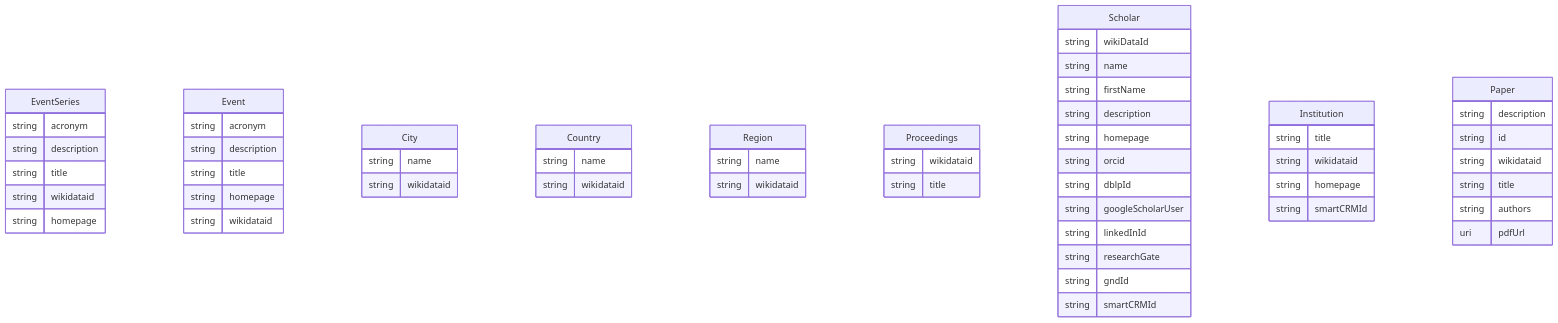
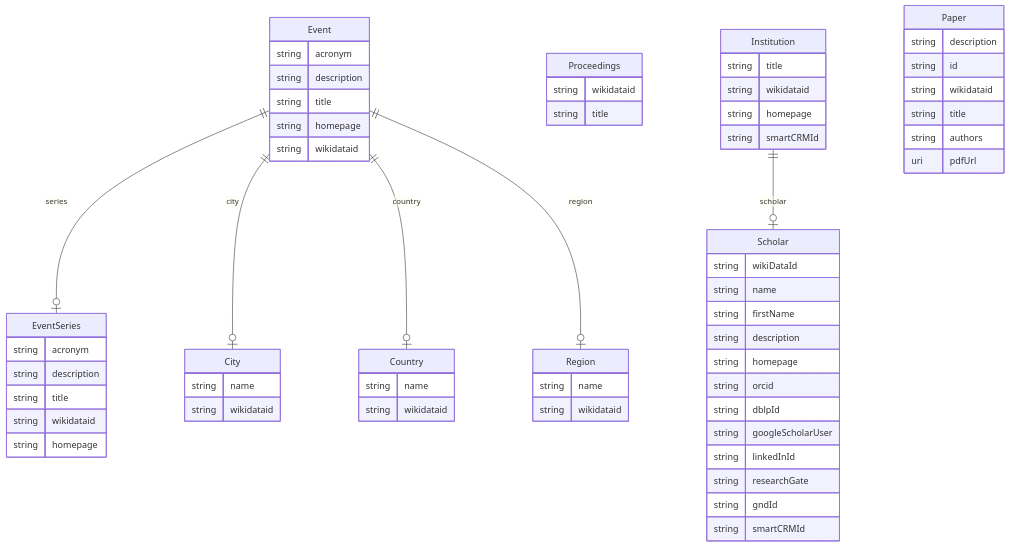
Before and after one commit to WolfgangFahl/pyMetaModel: the diagram in examples/scientific-events/scientific-events.mermaid, drawn with Mermaid. The commit also changed 21 other files, not shown here.

````diff
--- a/examples/scientific-events/scientific-events.mermaid
+++ b/examples/scientific-events/scientific-events.mermaid
@@ -1,64 +1,68 @@
 ```mermaid
 erDiagram
 EventSeries {
     string acronym  
     string description  
     string title  
     string wikidataid  
     string homepage  
 }
 Event {
     string acronym  
     string description  
     string title  
     string homepage  
     string wikidataid  
 }
 City {
     string name  
     string wikidataid  
 }
 Country {
     string name  
     string wikidataid  
 }
 Region {
     string name  
     string wikidataid  
 }
 Proceedings {
     string wikidataid  
     string title  
 }
 Scholar {
     string wikiDataId  
     string name  
     string firstName  
     string description  
     string homepage  
     string orcid  
     string dblpId  
     string googleScholarUser  
     string linkedInId  
     string researchGate  
     string gndId  
     string smartCRMId  
 }
 Institution {
     string title  
     string wikidataid  
     string homepage  
     string smartCRMId  
 }
 Paper {
     string description  
     string id  
     string wikidataid  
     string title  
     string authors  
     uri pdfUrl  
 }
 
-
+Event ||--|o EventSeries : "series"
+Event ||--|o City : "city"
+Event ||--|o Country : "country"
+Event ||--|o Region : "region"
+Institution ||--|o Scholar : "scholar"
 
 ```
````
